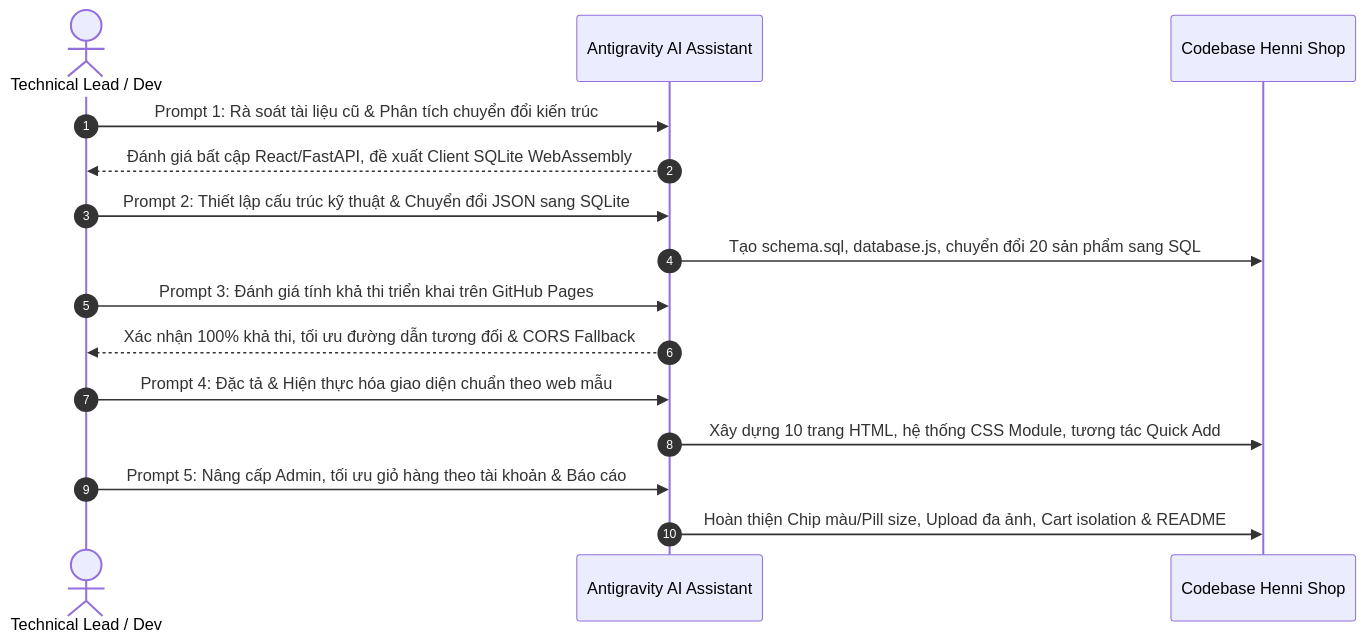
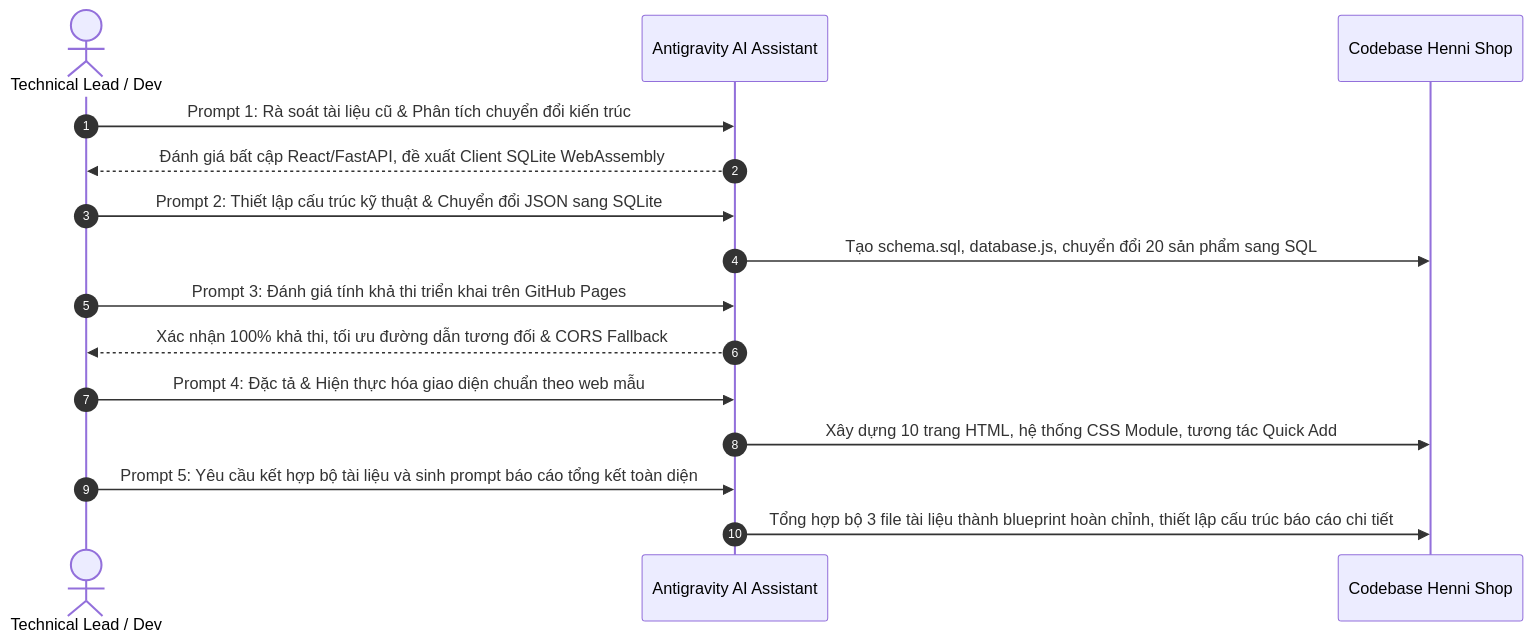
Before and after one commit to ThanhHien0604204/Henni_Shop: the second of 2 diagrams in BAO_CAO_TONG_KET_DU_AN.md, drawn with Mermaid. The commit also changed other lines of this file and 1 other file, not shown here.

````diff
--- a/BAO_CAO_TONG_KET_DU_AN.md
+++ b/BAO_CAO_TONG_KET_DU_AN.md
@@ -295,22 +312,22 @@
 ```mermaid
 sequenceDiagram
     autonumber
     actor Dev as Technical Lead / Dev
     participant AI as Antigravity AI Assistant
     participant Code as Codebase Henni Shop
 
     Dev->>AI: Prompt 1: Rà soát tài liệu cũ & Phân tích chuyển đổi kiến trúc
     AI-->>Dev: Đánh giá bất cập React/FastAPI, đề xuất Client SQLite WebAssembly
     
     Dev->>AI: Prompt 2: Thiết lập cấu trúc kỹ thuật & Chuyển đổi JSON sang SQLite
     AI->>Code: Tạo schema.sql, database.js, chuyển đổi 20 sản phẩm sang SQL
     
     Dev->>AI: Prompt 3: Đánh giá tính khả thi triển khai trên GitHub Pages
     AI-->>Dev: Xác nhận 100% khả thi, tối ưu đường dẫn tương đối & CORS Fallback
     
     Dev->>AI: Prompt 4: Đặc tả & Hiện thực hóa giao diện chuẩn theo web mẫu
     AI->>Code: Xây dựng 10 trang HTML, hệ thống CSS Module, tương tác Quick Add
     
-    Dev->>AI: Prompt 5: Nâng cấp Admin, tối ưu giỏ hàng theo tài khoản & Báo cáo
-    AI->>Code: Hoàn thiện Chip màu/Pill size, Upload đa ảnh, Cart isolation & README
+    Dev->>AI: Prompt 5: Yêu cầu kết hợp bộ tài liệu và sinh prompt báo cáo tổng kết toàn diện
+    AI->>Code: Tổng hợp bộ 3 file tài liệu thành blueprint hoàn chỉnh, thiết lập cấu trúc báo cáo chi tiết
 ```
````
